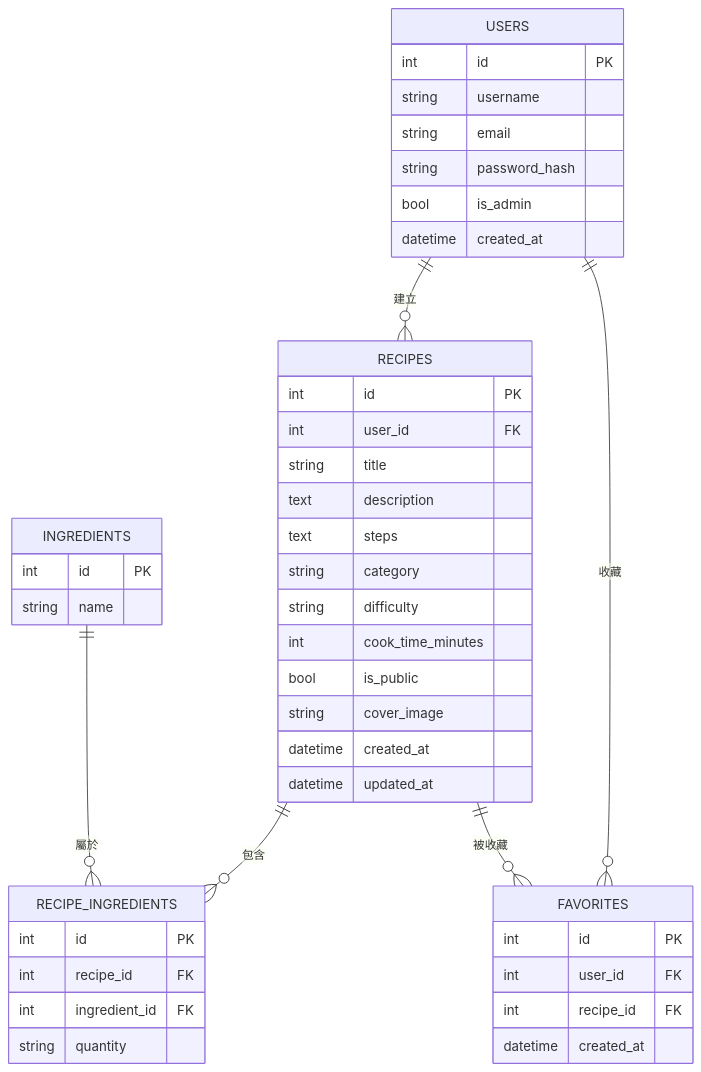
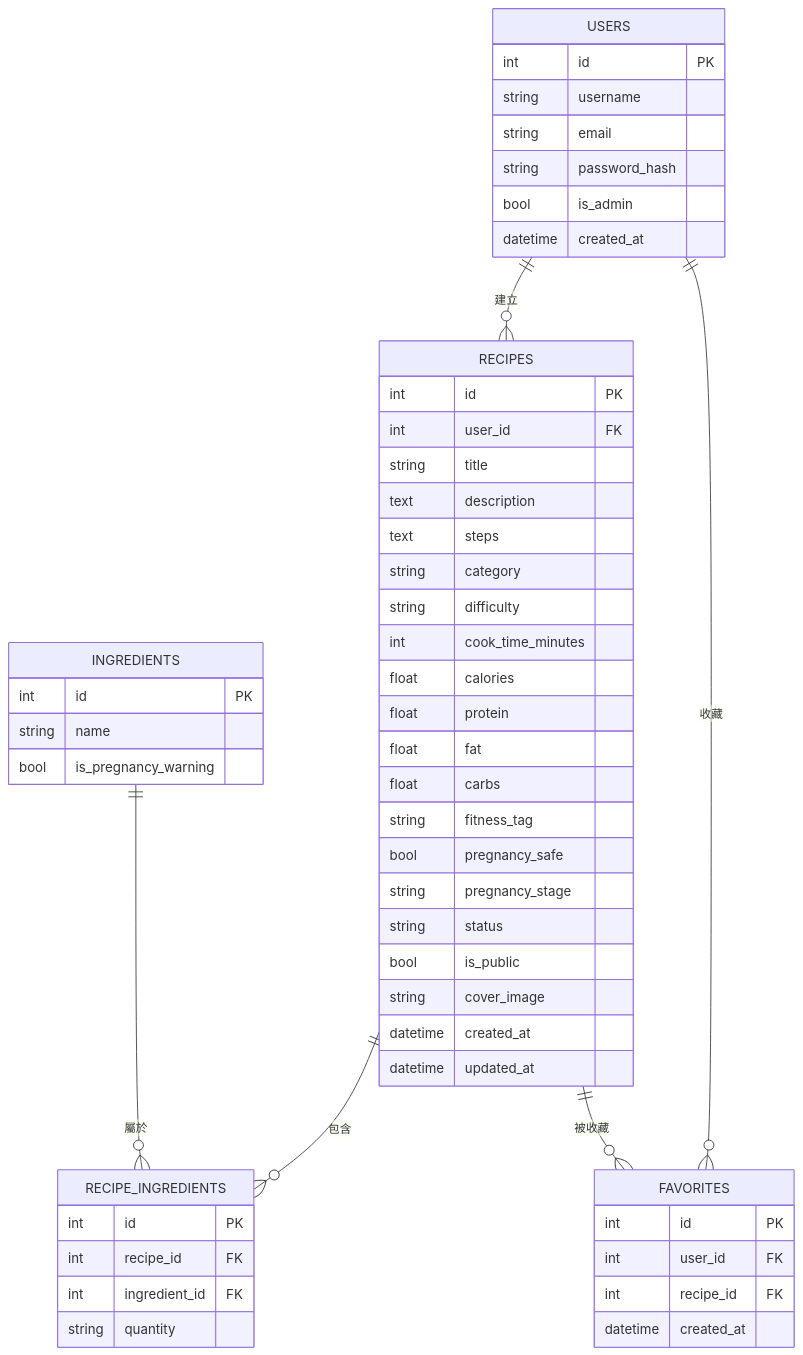
One commit to d1420235o365/web_app_development changed the diagram in docs/DB_DESIGN.md. Above: the diagram before and after it, drawn with Mermaid. The commit also changed other lines of this file and 3 other files, not shown here.

Commit message:
feat: add database schema and models for nutrition, fitness, and pregnancy features

````diff
--- a/docs/DB_DESIGN.md
+++ b/docs/DB_DESIGN.md
@@ -9,51 +9,60 @@
 ```mermaid
 erDiagram
     USERS {
         int id PK
         string username
         string email
         string password_hash
         bool is_admin
         datetime created_at
     }
 
     RECIPES {
         int id PK
         int user_id FK
         string title
         text description
         text steps
         string category
         string difficulty
         int cook_time_minutes
+        float calories
+        float protein
+        float fat
+        float carbs
+        string fitness_tag
+        bool pregnancy_safe
+        string pregnancy_stage
+        string status
         bool is_public
         string cover_image
         datetime created_at
         datetime updated_at
     }
 
     INGREDIENTS {
         int id PK
         string name
+        bool is_pregnancy_warning
     }
 
     RECIPE_INGREDIENTS {
         int id PK
         int recipe_id FK
         int ingredient_id FK
         string quantity
     }
 
     FAVORITES {
         int id PK
         int user_id FK
         int recipe_id FK
         datetime created_at
     }
 
     USERS ||--o{ RECIPES : "建立"
     USERS ||--o{ FAVORITES : "收藏"
     RECIPES ||--o{ RECIPE_INGREDIENTS : "包含"
     INGREDIENTS ||--o{ RECIPE_INGREDIENTS : "屬於"
     RECIPES ||--o{ FAVORITES : "被收藏"
 ```
````
